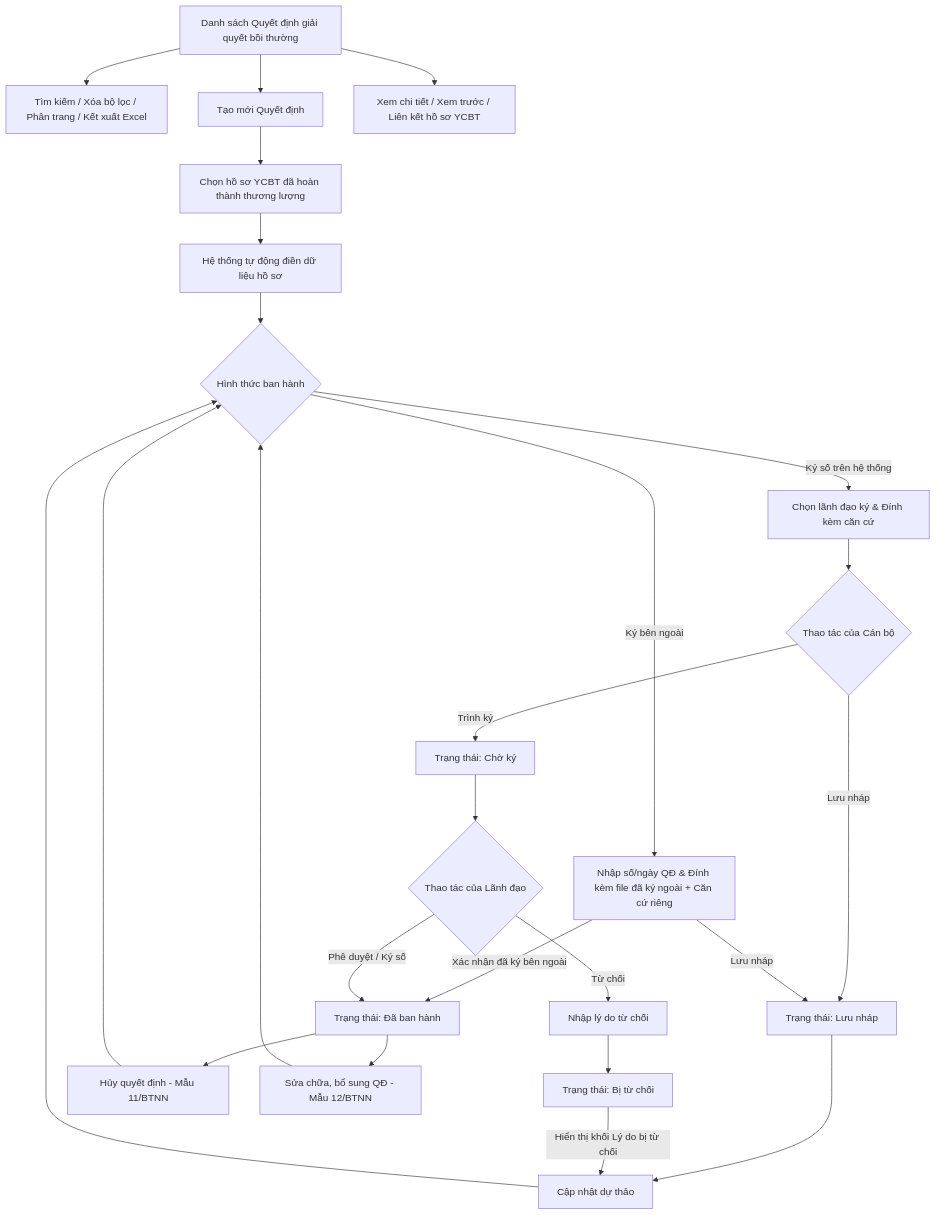
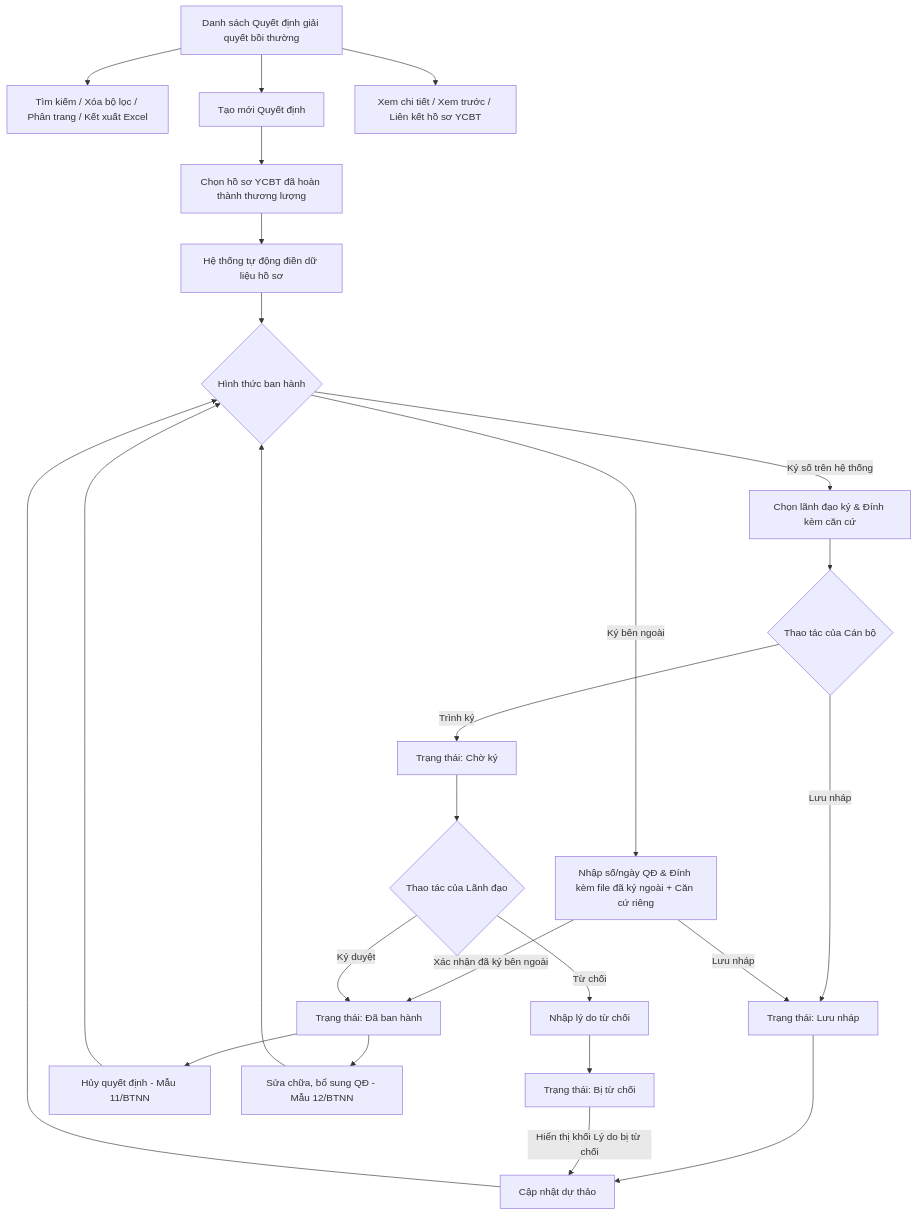
Before and after one commit to huyendt2007/BPBD_UI: the diagram in Tai lieu phan tich/03_Website_Quan_tri/03_Cong_tac_boi_thuong/SRS_BTNN_GiaiQuyetBT_QuyetDinh_GQBT.md, drawn with Mermaid. The commit also changed other lines of this file and 11 other files, not shown here.

````diff
--- a/Tai lieu phan tich/03_Website_Quan_tri/03_Cong_tac_boi_thuong/SRS_BTNN_GiaiQuyetBT_QuyetDinh_GQBT.md
+++ b/Tai lieu phan tich/03_Website_Quan_tri/03_Cong_tac_boi_thuong/SRS_BTNN_GiaiQuyetBT_QuyetDinh_GQBT.md
@@ -31,27 +31,27 @@
 ```mermaid
 flowchart TD
     A[Danh sách Quyết định giải quyết bồi thường] --> B[Tìm kiếm / Xóa bộ lọc / Phân trang / Kết xuất Excel]
     A --> C[Tạo mới Quyết định]
     C --> D[Chọn hồ sơ YCBT đã hoàn thành thương lượng]
     D --> E[Hệ thống tự động điền dữ liệu hồ sơ]
     E --> F{Hình thức ban hành}
     F -->|Ký số trên hệ thống| F1[Chọn lãnh đạo ký & Đính kèm căn cứ]
     F -->|Ký bên ngoài| F2[Nhập số/ngày QĐ & Đính kèm file đã ký ngoài + Căn cứ riêng]
     F1 --> G{Thao tác của Cán bộ}
     G -->|Lưu nháp| H[Trạng thái: Lưu nháp]
     G -->|Trình ký| I[Trạng thái: Chờ ký]
     F2 -->|Lưu nháp| H
     F2 -->|Xác nhận đã ký bên ngoài| J[Trạng thái: Đã ban hành]
     H --> K[Cập nhật dự thảo]
     K --> F
     I --> L{Thao tác của Lãnh đạo}
-    L -->|Phê duyệt / Ký số| J
+    L -->|Ký duyệt| J
     L -->|Từ chối| M[Nhập lý do từ chối]
     M --> N[Trạng thái: Bị từ chối]
     N -->|Hiển thị khối Lý do bị từ chối| K
     J --> O[Hủy quyết định - Mẫu 11/BTNN]
     J --> P[Sửa chữa, bổ sung QĐ - Mẫu 12/BTNN]
     O --> F
     P --> F
     A --> Q[Xem chi tiết / Xem trước / Liên kết hồ sơ YCBT]
 ```
````
